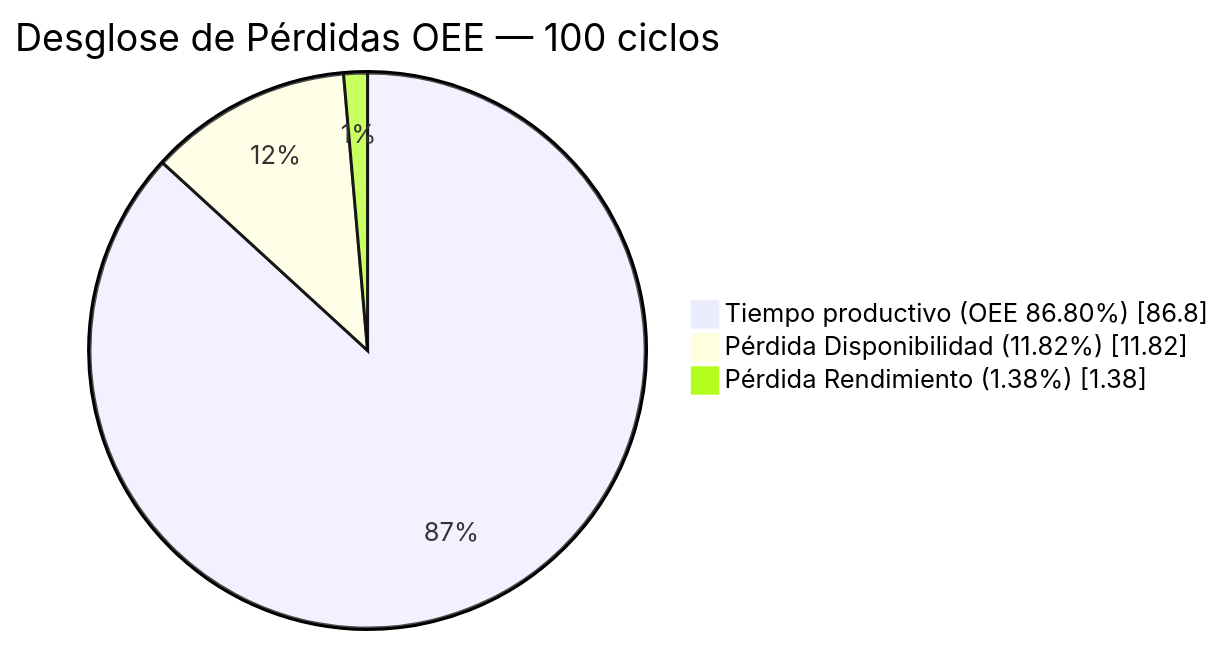
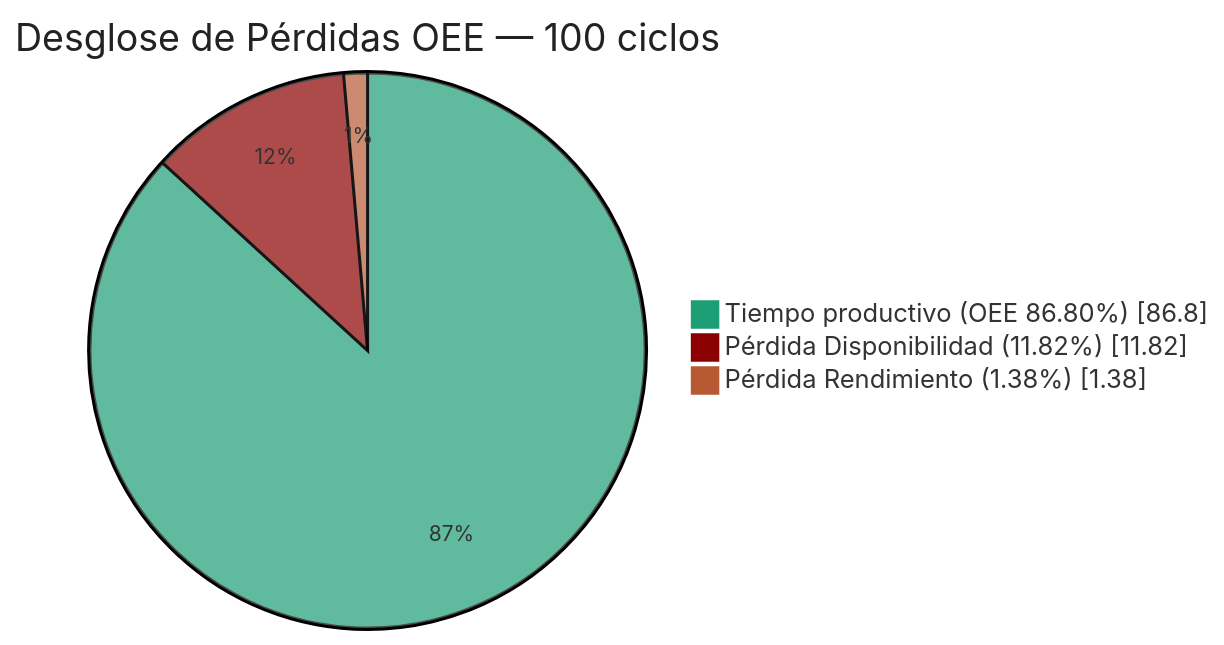
Diagram 15 of 16 in README.md (jorgefajardom-coder/drone-packaging-simulation-unity), drawn with Mermaid before and after one commit. The commit also changed other lines of this file, not shown here.

````diff
--- a/README.md
+++ b/README.md
@@ -2741,7 +2743,8 @@
 ```mermaid
+%%{init: {'theme': 'base', 'themeVariables': {'pie1': '#1D9E75', 'pie2': '#8b0000', 'pie3': '#B75A34', 'pieTextColor': '#fff', 'pieTitleTextColor': '#222', 'pieSectionTextSize': '14px'}}}%%
 pie showData
     title Desglose de Pérdidas OEE — 100 ciclos
     "Tiempo productivo (OEE 86.80%)" : 86.80
     "Pérdida Disponibilidad (11.82%)": 11.82
     "Pérdida Rendimiento (1.38%)"    : 1.38
 ```
````
